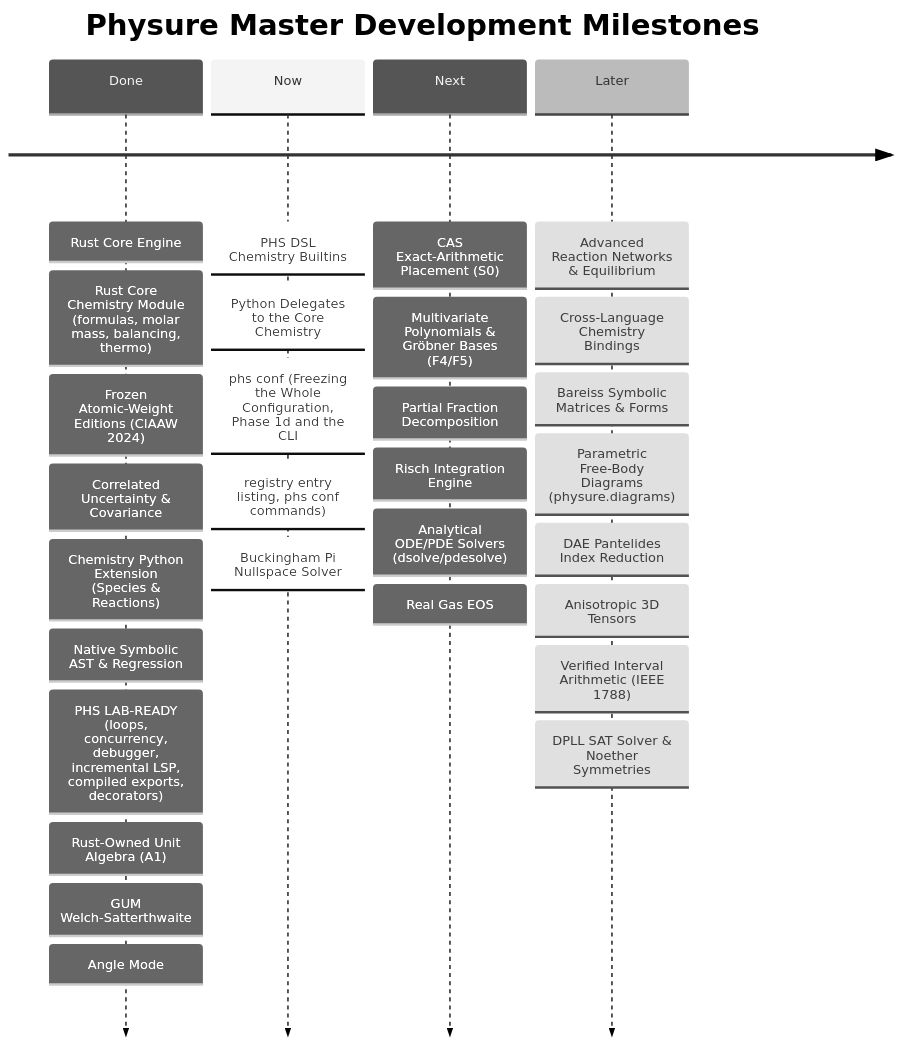
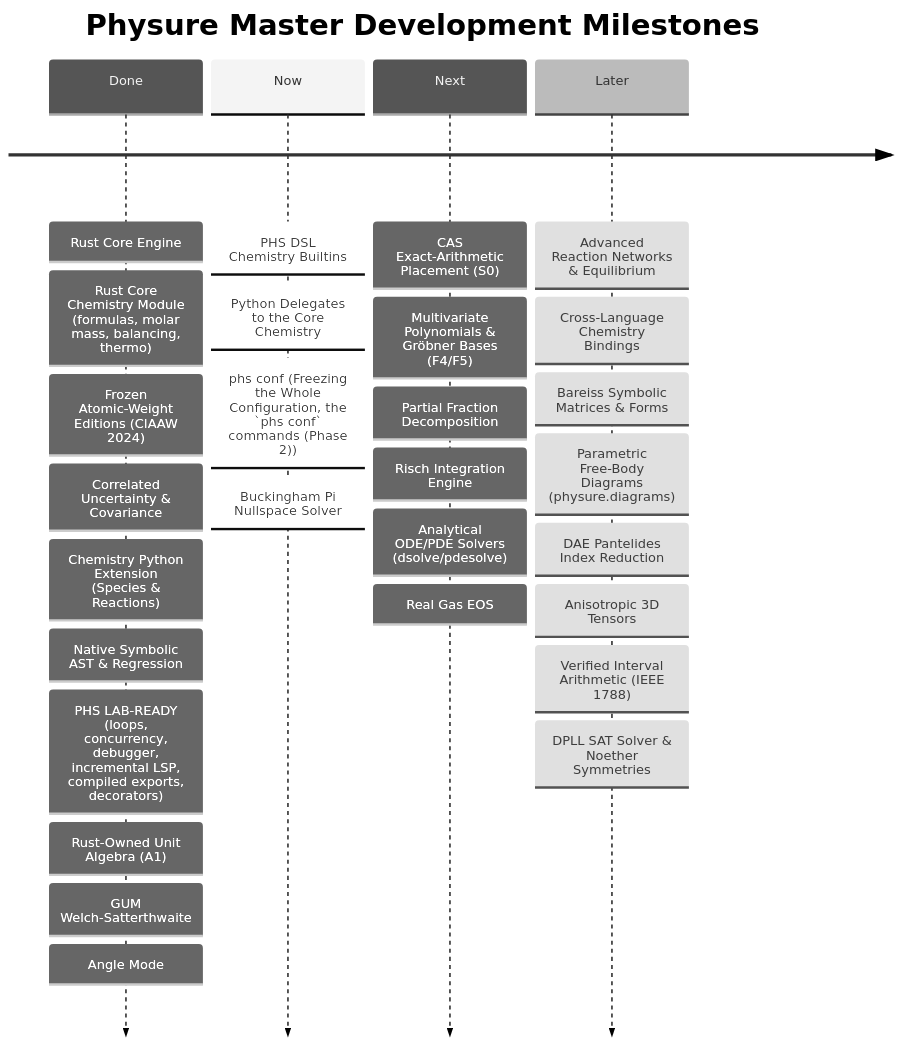
The diagram in ROADMAP.md (Alexisrx96/physure), drawn with Mermaid (neutral theme) before and after one commit. The commit also changed other lines of this file and 7 other files, not shown here.

First line of the commit message:
feat(core): every catalog as a list of entries and the semantic difference of two (conf freeze Phase 1d)

````diff
--- a/ROADMAP.md
+++ b/ROADMAP.md
@@ -61,8 +61,8 @@
 ```mermaid
 timeline
     title Physure Master Development Milestones
     Done : Rust Core Engine : Rust Core Chemistry Module (formulas, molar mass, balancing, thermo) : Frozen Atomic-Weight Editions (CIAAW 2024) : Correlated Uncertainty & Covariance : Chemistry Python Extension (Species & Reactions) : Native Symbolic AST & Regression : PHS LAB-READY (loops, concurrency, debugger, incremental LSP, compiled exports, decorators) : Rust-Owned Unit Algebra (A1) : GUM Welch-Satterthwaite : Angle Mode
-    Now : PHS DSL Chemistry Builtins : Python Delegates to the Core Chemistry : phs conf (Freezing the Whole Configuration, Phase 1d and the CLI: registry entry listing, phs conf commands) : Buckingham Pi Nullspace Solver
+    Now : PHS DSL Chemistry Builtins : Python Delegates to the Core Chemistry : phs conf (Freezing the Whole Configuration, the `phs conf` commands (Phase 2)) : Buckingham Pi Nullspace Solver
     Next : CAS Exact-Arithmetic Placement (S0) : Multivariate Polynomials & Gröbner Bases (F4/F5) : Partial Fraction Decomposition : Risch Integration Engine : Analytical ODE/PDE Solvers (dsolve/pdesolve) : Real Gas EOS
     Later : Advanced Reaction Networks & Equilibrium : Cross-Language Chemistry Bindings : Bareiss Symbolic Matrices & Forms : Parametric Free-Body Diagrams (physure.diagrams) : DAE Pantelides Index Reduction : Anisotropic 3D Tensors : Verified Interval Arithmetic (IEEE 1788) : DPLL SAT Solver & Noether Symmetries
 ```
````
